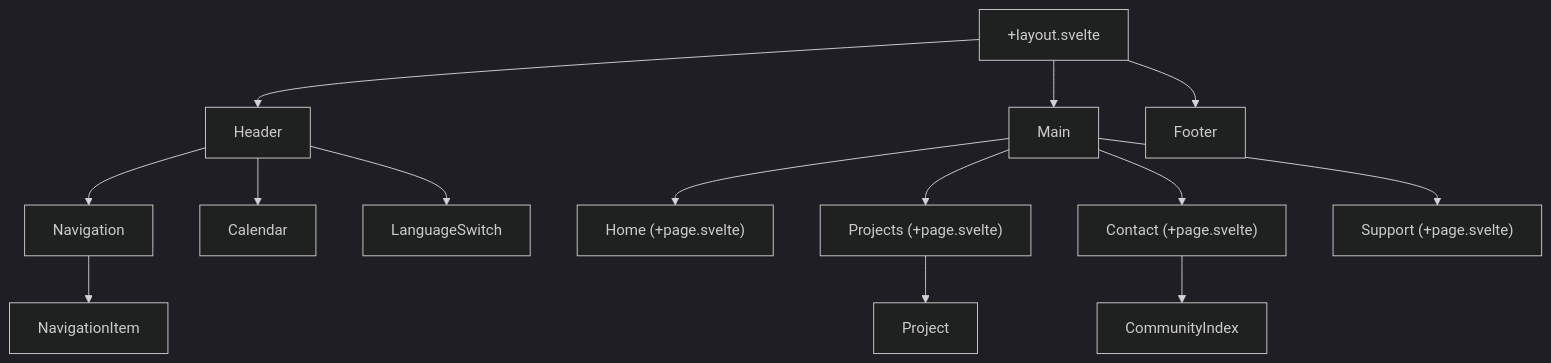
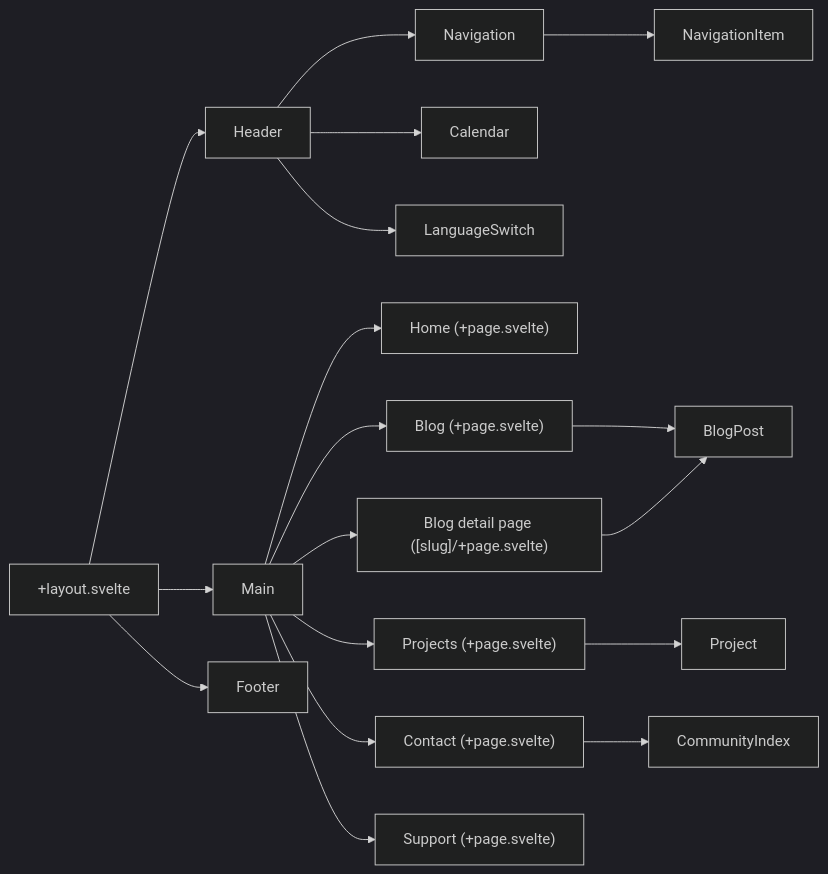
One commit to RobinLinde/osmnl-website changed the diagram in README.md. Above: the diagram before and after it, drawn with Mermaid (dark theme).

Commit message:
📝 Update Component Layout

````diff
--- a/README.md
+++ b/README.md
@@ -27,23 +27,27 @@
 ```mermaid
-graph TB
+graph LR
     L[+layout.svelte] --> H & M & F
 
     H[Header] --> N & C & LS
-    M[Main] --> h & p & c & s
+    M[Main] --> h & b & bd & p & c & s
     F[Footer]
 
     N[Navigation] --> NI
     C[Calendar]
     LS[LanguageSwitch]
 
     NI[NavigationItem]
 
     h["Home (+page.svelte)"]
+    b["Blog (+page.svelte)"] --> BP
+    bd["Blog detail page ([slug]/+page.svelte)"] --> BP
     p["Projects (+page.svelte)"] --> P
     c["Contact (+page.svelte)"] --> CI
     s["Support (+page.svelte)"]
+
+    BP[BlogPost]
 
     P[Project]
 
     CI[CommunityIndex]
 ```
````
